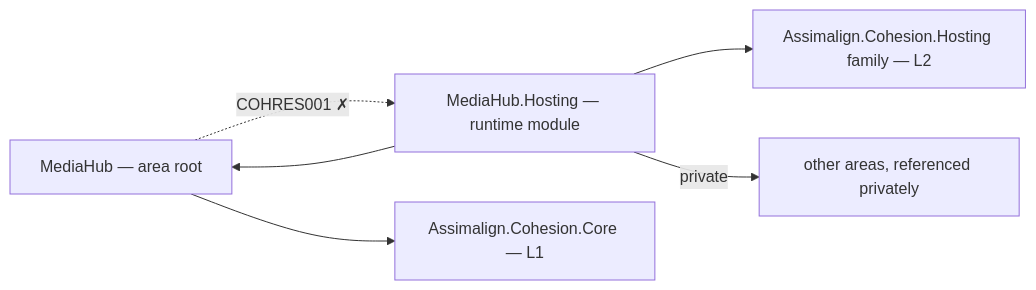
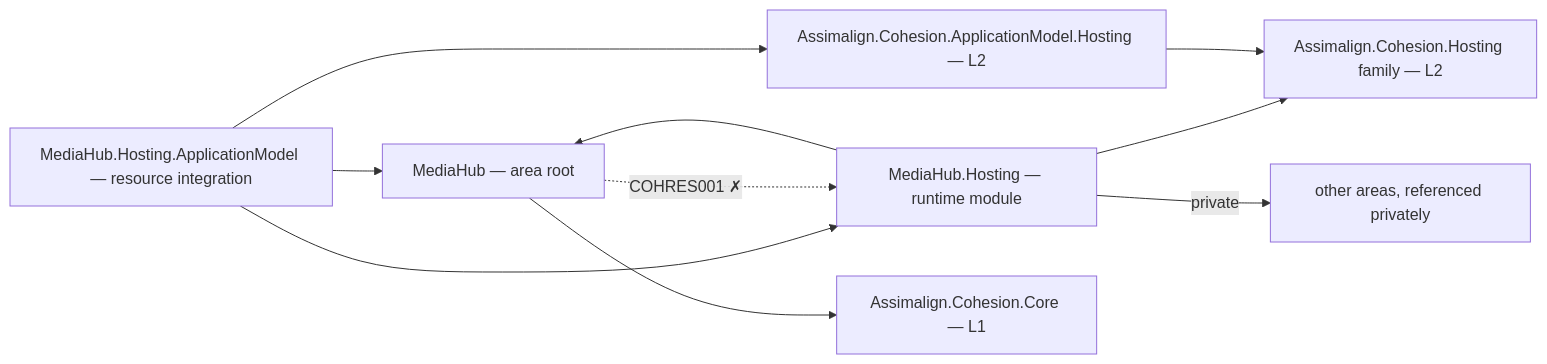
One commit to assimalign/cohesion changed the diagram in resources/MediaHub/README.md. Above: the diagram before and after it, drawn with Mermaid. The commit also changed other lines of this file and 454 other files, not shown here.

First line of the commit message:
feat(resources): give every resource area a Hosting.ApplicationModel integration

````diff
--- a/resources/MediaHub/README.md
+++ b/resources/MediaHub/README.md
@@ -12,13 +12,19 @@
 ```mermaid
 flowchart LR
     P0["MediaHub — area root"]
     P2["MediaHub.Hosting — runtime module"]
+    PAM["MediaHub.Hosting.ApplicationModel — resource integration"]
+    AMH["Assimalign.Cohesion.ApplicationModel.Hosting — L2"]
     CORE["Assimalign.Cohesion.Core — L1"]
     HOSTFAM["Assimalign.Cohesion.Hosting family — L2"]
     PRIV["other areas, referenced privately"]
     P0 --> CORE
     P2 --> HOSTFAM
     P2 --> P0
     P2 -->|"private"| PRIV
+    PAM --> P2
+    PAM --> P0
+    PAM --> AMH
+    AMH --> HOSTFAM
     P0 -.->|"COHRES001 ✗"| P2
 ```
````
